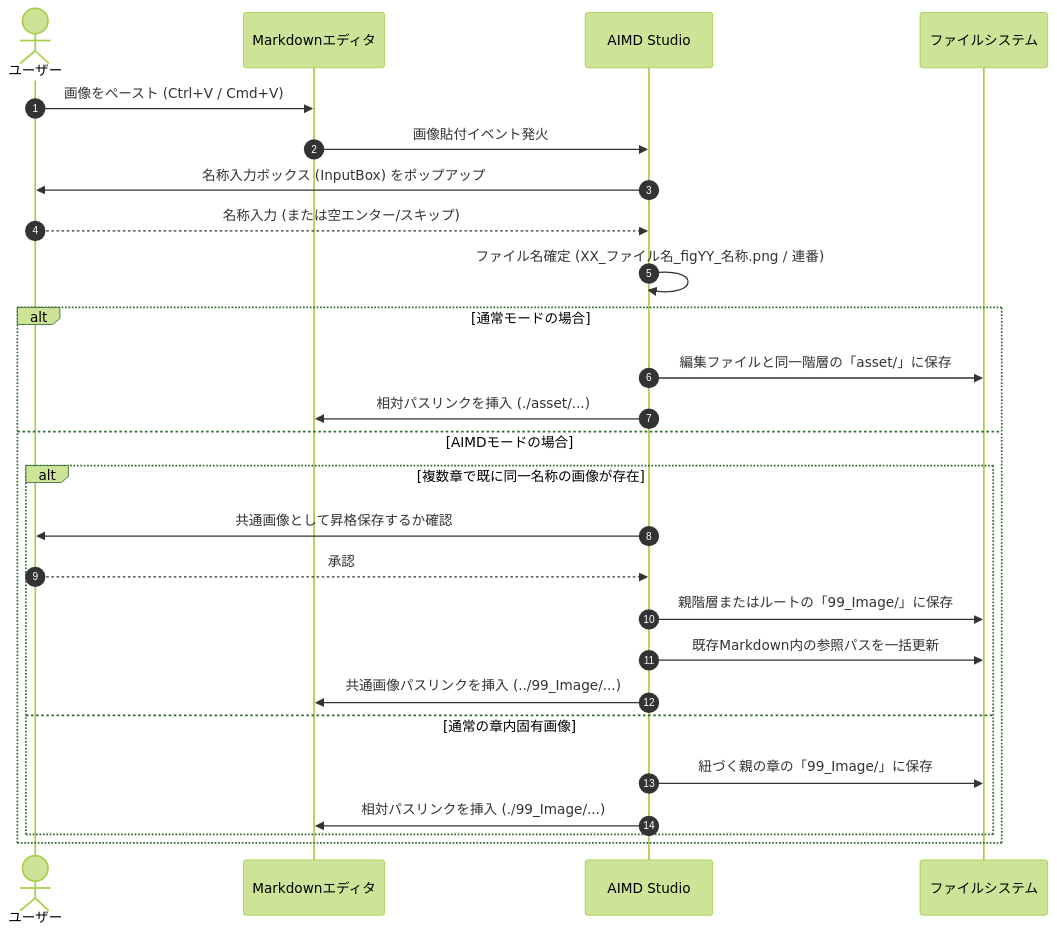
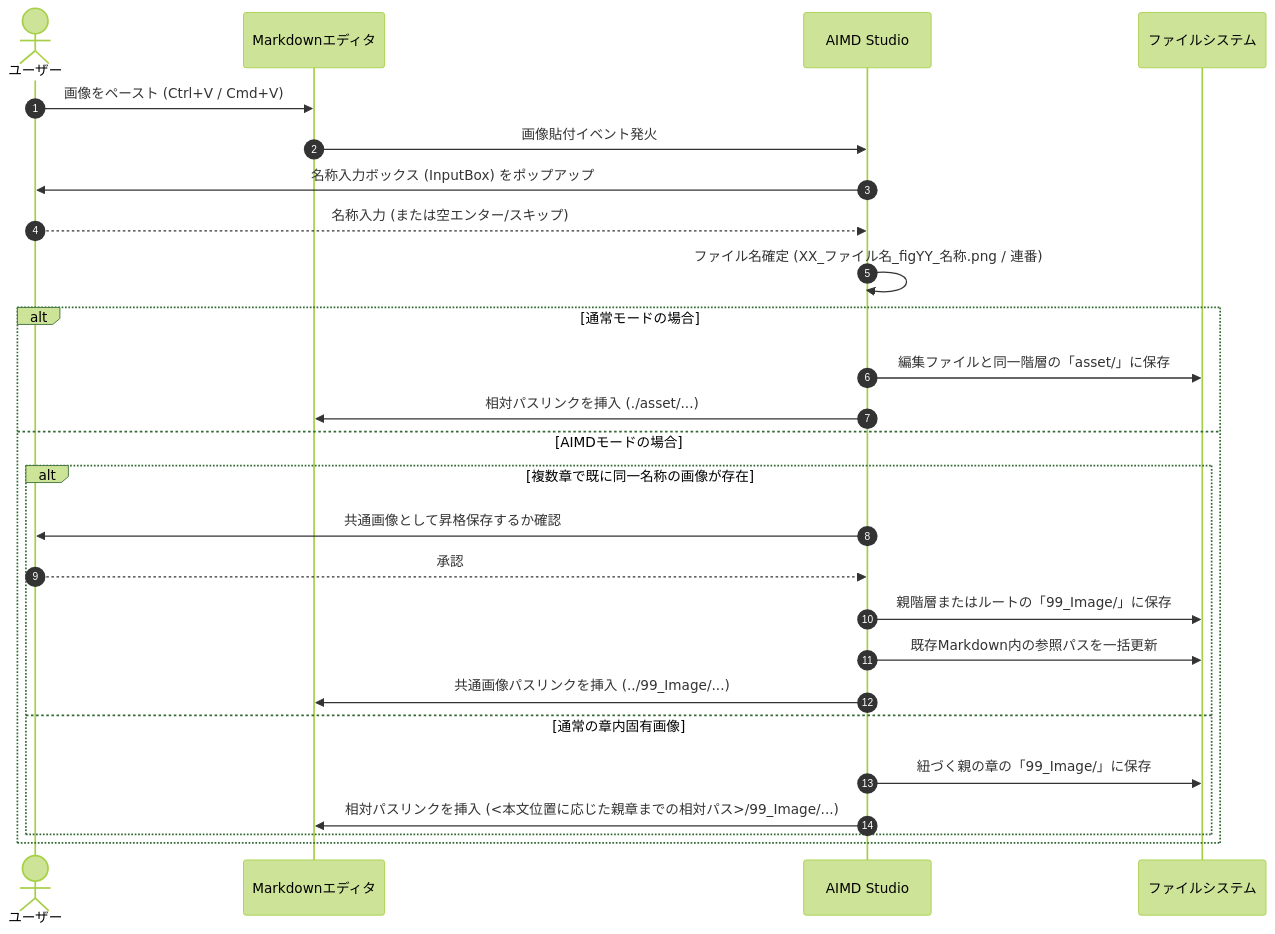
One commit to kazukig/MarkdownProject changed the third of 6 diagrams in 02_要件定義/AIMDStudio.md. Above: the diagram before and after it, drawn with Mermaid (forest theme). The commit also changed 8 other files, not shown here.

````diff
--- a/02_要件定義/AIMDStudio.md
+++ b/02_要件定義/AIMDStudio.md
@@ -164,31 +164,31 @@
 ```mermaid
 sequenceDiagram
     autonumber
     actor ユーザー
     participant Editor as Markdownエディタ
     participant Ext as AIMD Studio
     participant FS as ファイルシステム
 
     ユーザー->>Editor: 画像をペースト (Ctrl+V / Cmd+V)
     Editor->>Ext: 画像貼付イベント発火
     Ext->>ユーザー: 名称入力ボックス (InputBox) をポップアップ
     ユーザー-->>Ext: 名称入力 (または空エンター/スキップ)
     
     Ext->>Ext: ファイル名確定 (XX_ファイル名_figYY_名称.png / 連番)
 
     alt 通常モードの場合
         Ext->>FS: 編集ファイルと同一階層の「asset/」に保存
         Ext->>Editor: 相対パスリンクを挿入 (./asset/...)
     else AIMDモードの場合
         alt 複数章で既に同一名称の画像が存在
             Ext->>ユーザー: 共通画像として昇格保存するか確認
             ユーザー-->>Ext: 承認
             Ext->>FS: 親階層またはルートの「99_Image/」に保存
             Ext->>FS: 既存Markdown内の参照パスを一括更新
             Ext->>Editor: 共通画像パスリンクを挿入 (../99_Image/...)
         else 通常の章内固有画像
             Ext->>FS: 紐づく親の章の「99_Image/」に保存
-            Ext->>Editor: 相対パスリンクを挿入 (./99_Image/...)
+            Ext->>Editor: 相対パスリンクを挿入 (<本文位置に応じた親章までの相対パス>/99_Image/...)
         end
     end
 ```
````
